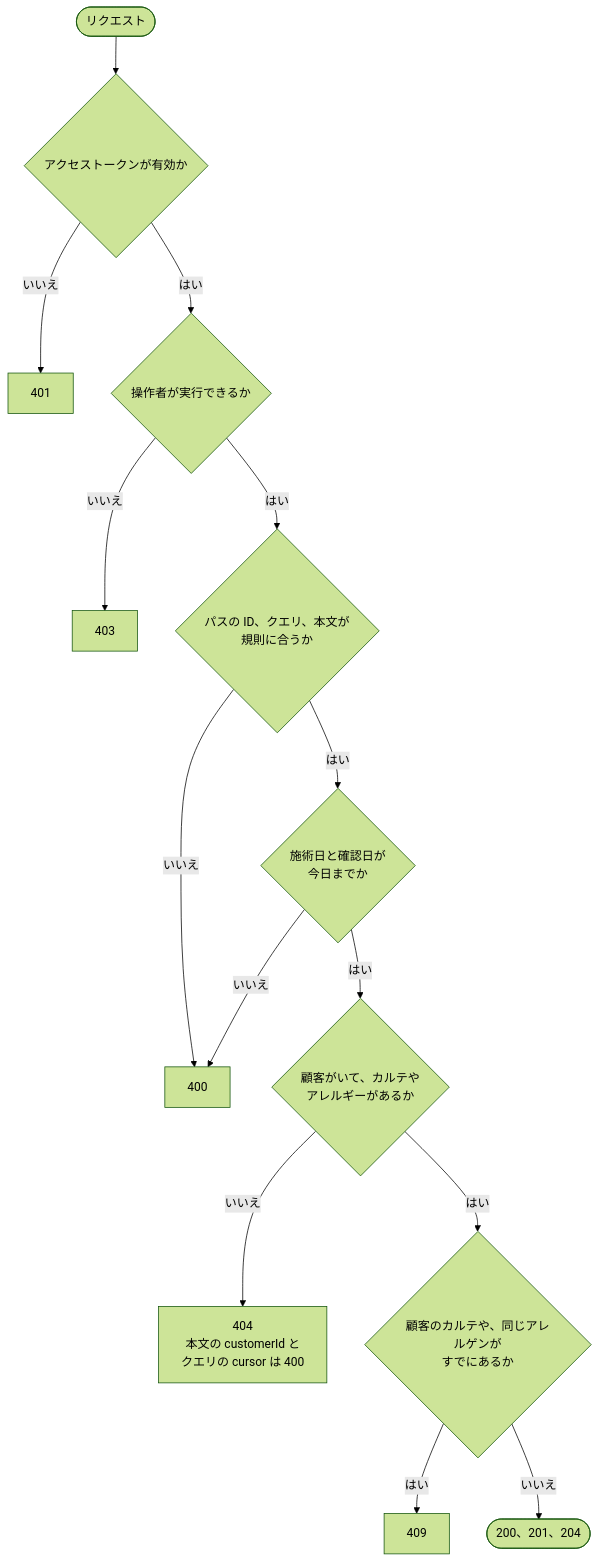
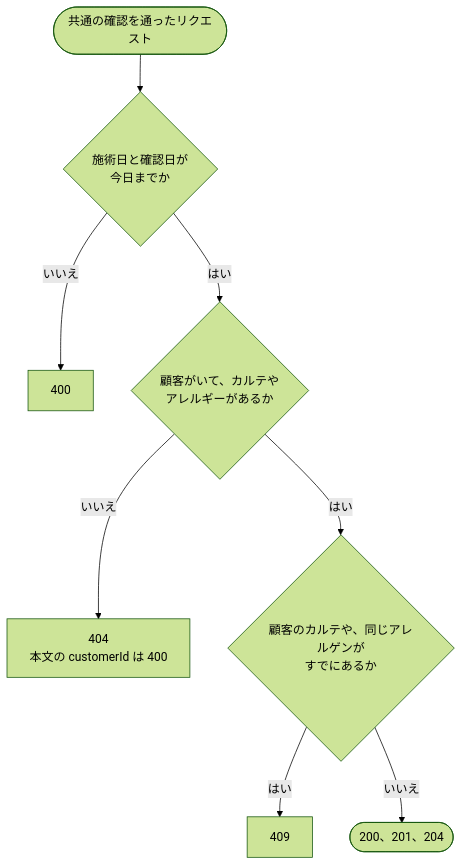
One commit to napzak5/typescript-backend-api-first-lesson changed the second of 2 diagrams in docs/medical-charts.md. Above: the diagram before and after it, drawn with Mermaid (forest theme). The commit also changed other lines of this file and 20 other files, not shown here.

````diff
--- a/docs/medical-charts.md
+++ b/docs/medical-charts.md
@@ -29,16 +29,10 @@
 ```mermaid
 flowchart TD
-    start(["リクエスト"]) --> token{"アクセストークンが有効か"}
-    token -- いいえ --> s401["401"]
-    token -- はい --> may{"操作者が実行できるか"}
-    may -- いいえ --> s403["403"]
-    may -- はい --> shape{"パスの ID、クエリ、本文が<br/>規則に合うか"}
-    shape -- いいえ --> s400["400"]
-    shape -- はい --> dates{"施術日と確認日が<br/>今日までか"}
-    dates -- いいえ --> s400
+    start(["共通の確認を通ったリクエスト"]) --> dates{"施術日と確認日が<br/>今日までか"}
+    dates -- いいえ --> s400["400"]
     dates -- はい --> exists{"顧客がいて、カルテや<br/>アレルギーがあるか"}
-    exists -- いいえ --> s404["404<br/>本文の customerId と<br/>クエリの cursor は 400"]
+    exists -- いいえ --> s404["404<br/>本文の customerId は 400"]
     exists -- はい --> twice{"顧客のカルテや、同じアレルゲンが<br/>すでにあるか"}
     twice -- はい --> s409["409"]
     twice -- いいえ --> done(["200、201、204"])
 ```
````
